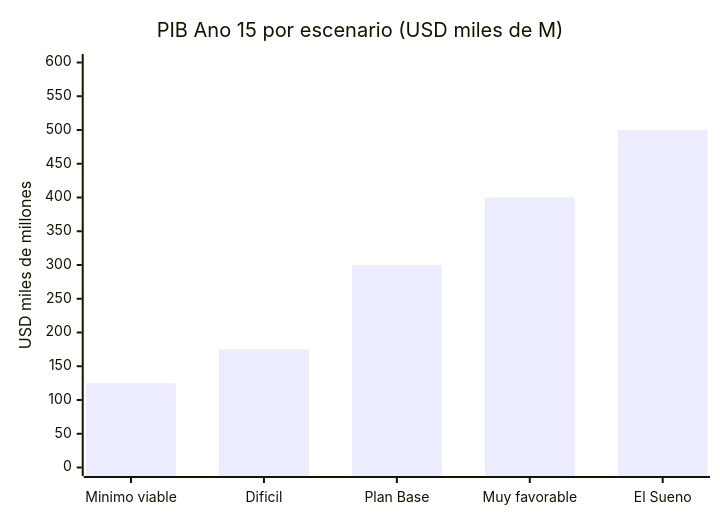
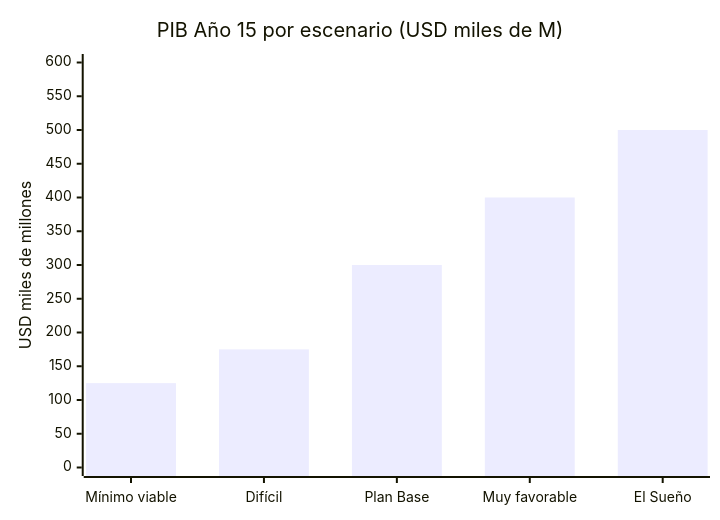
One commit to Venezuela-S-A/venezuela-sa changed the first of 10 diagrams in docs/07-ejecucion/el-sueno.md. Above: the diagram before and after it, drawn with Mermaid. The commit also changed other lines of this file and 127 other files, not shown here.

````diff
--- a/docs/07-ejecucion/el-sueno.md
+++ b/docs/07-ejecucion/el-sueno.md
@@ -72,7 +72,7 @@
 ```mermaid
 xychart-beta
-    title "PIB Ano 15 por escenario (USD miles de M)"
-    x-axis ["Minimo viable", "Dificil", "Plan Base", "Muy favorable", "El Sueno"]
+    title "PIB Año 15 por escenario (USD miles de M)"
+    x-axis ["Mínimo viable", "Difícil", "Plan Base", "Muy favorable", "El Sueño"]
     y-axis "USD miles de millones" 0 --> 600
     bar [125, 175, 300, 400, 500]
 ```
````
